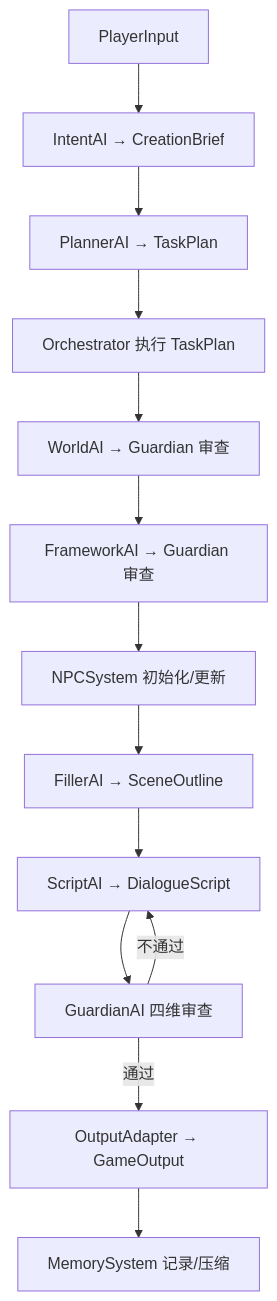
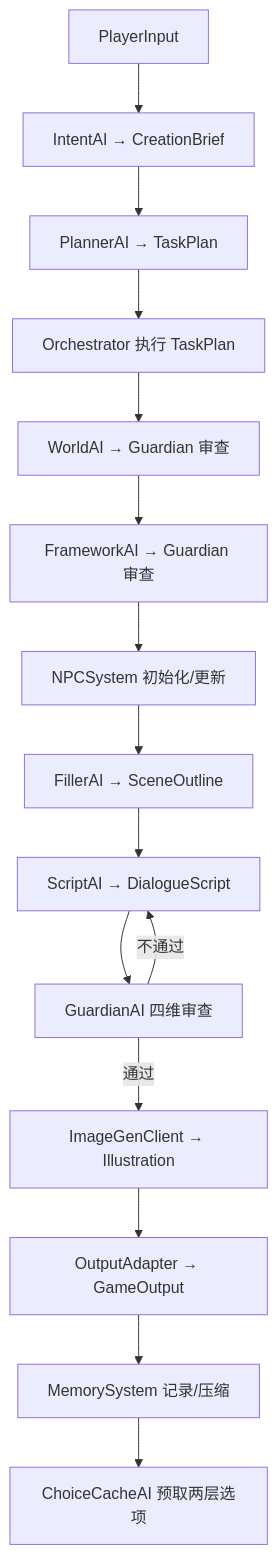
One commit to panxian-AI/Multi_Agent_Dynamic_Narrative_Engine changed the diagram in README.md. Above: the diagram before and after it, drawn with Mermaid. The commit also changed other lines of this file and 46 other files, not shown here.

````diff
--- a/README.md
+++ b/README.md
@@ -95,15 +260,17 @@
 ```mermaid
 flowchart TD
     A[PlayerInput] --> B[IntentAI → CreationBrief]
     B --> C[PlannerAI → TaskPlan]
     C --> D[Orchestrator 执行 TaskPlan]
     D --> E[WorldAI → Guardian 审查]
     E --> F[FrameworkAI → Guardian 审查]
     F --> G[NPCSystem 初始化/更新]
     G --> H[FillerAI → SceneOutline]
     H --> I[ScriptAI → DialogueScript]
     I --> J[GuardianAI 四维审查]
     J -->|不通过| I
-    J -->|通过| K[OutputAdapter → GameOutput]
-    K --> L[MemorySystem 记录/压缩]
+    J -->|通过| K[ImageGenClient → Illustration]
+    K --> L[OutputAdapter → GameOutput]
+    L --> M[MemorySystem 记录/压缩]
+    M --> N[ChoiceCacheAI 预取两层选项]
 ```
````
